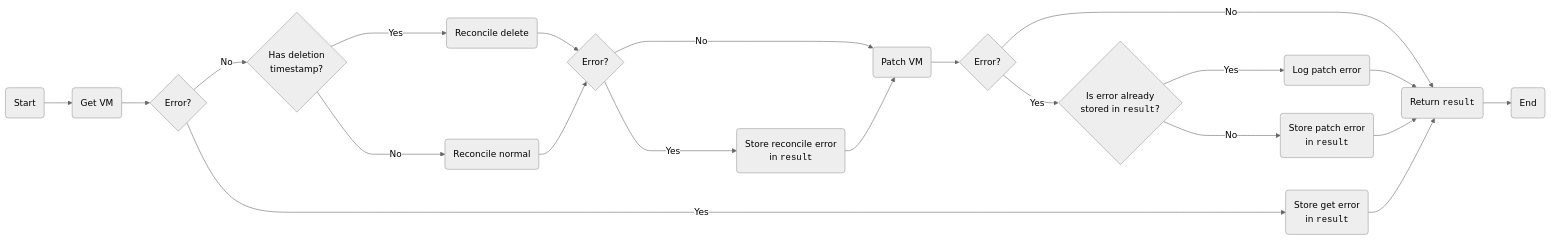
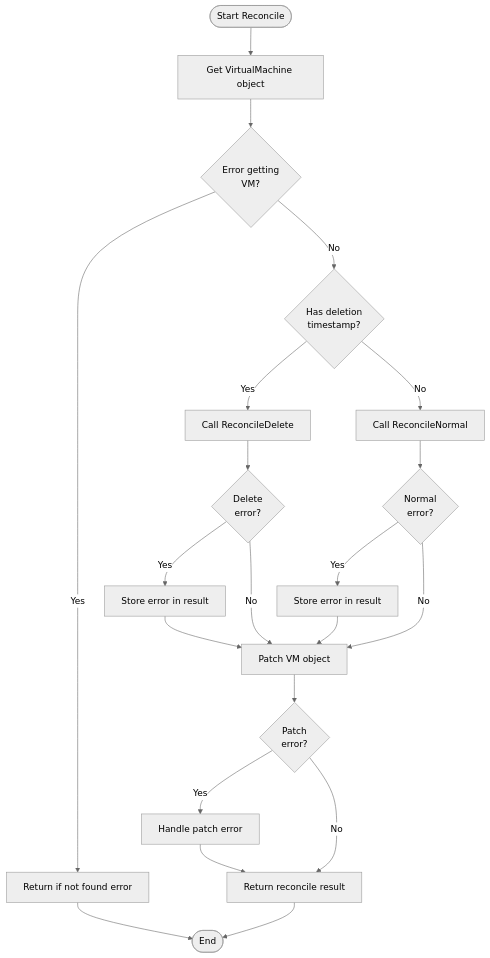
Before and after one commit to vmware-tanzu/vm-operator: the first of 10 diagrams in docs/concepts/workloads/vm-controller.md, drawn with Mermaid (neutral theme). The commit also changed other lines of this file and 8 other files, not shown here.

````diff
--- a/docs/concepts/workloads/vm-controller.md
+++ b/docs/concepts/workloads/vm-controller.md
@@ -7,34 +9,29 @@
 ```mermaid
-flowchart LR
-    Start(Start) --> GetVM
+flowchart TD
+    Start([Start Reconcile]) --> GetVM[Get VirtualMachine object]
+    GetVM --> GetVMErr{Error getting<br />VM?}
+    GetVMErr -->|Yes| ReturnNotFound[Return if not found error]
+    GetVMErr -->|No| CheckDeletion{Has deletion<br />timestamp?}
 
-    GetVM(Get VM) --> GetVMErr{Error?}
-    GetVMErr -->|No| HasDeletionTimestamp{Has deletion\ntimestamp?}
-    GetVMErr ---->|Yes| StoreGetErrAndReturnErr
+    CheckDeletion -->|Yes| ReconcileDelete[Call ReconcileDelete]
+    CheckDeletion -->|No| ReconcileNormal[Call ReconcileNormal]
 
-    HasDeletionTimestamp --> |Yes| ReconcileDelete
-    HasDeletionTimestamp ----> |No| ReconcileNormal
+    ReconcileDelete --> DeleteErr{Delete<br />error?}
+    ReconcileNormal --> NormalErr{Normal<br />error?}
 
-    ReconcileDelete(Reconcile delete) --> ReconcileDeleteNormalErr
-    ReconcileNormal(Reconcile normal) --> ReconcileDeleteNormalErr
-    ReconcileDeleteNormalErr{Error?}
-    ReconcileDeleteNormalErr --> |No| PatchVM
-    ReconcileDeleteNormalErr ----> |Yes| StoreErrAndPatch
-    StoreErrAndPatch(Store reconcile error\nin <code>result</code>) --> PatchVM
+    DeleteErr -->|Yes| StoreDeleteErr[Store error in result]
+    DeleteErr -->|No| PatchVM[Patch VM object]
+    NormalErr -->|Yes| StoreNormalErr[Store error in result]
+    NormalErr -->|No| PatchVM
 
-    PatchVM(Patch VM) --> PatchVMErr{Error?}
-    PatchVMErr --> |Yes| IsResultErr{Is error already\nstored in <code>result</code>?}
-    PatchVMErr ----> |No| ReturnResult
-    IsResultErr --> |No| StorePatchErr
-    IsResultErr ----> |Yes| LogPatchErr
-    LogPatchErr(Log patch error) --> ReturnResult
-    StorePatchErr(Store patch error\nin <code>result</code>) --> ReturnResult
+    StoreDeleteErr --> PatchVM
+    StoreNormalErr --> PatchVM
 
-    %% This element's position keeps the graph from having to transect points
-    %% between nodes.
-    StoreGetErrAndReturnErr(Store get error\nin <code>result</code>) --> ReturnResult
+    PatchVM --> PatchErr{Patch<br />error?}
+    PatchErr -->|Yes| HandlePatchErr[Handle patch error]
+    PatchErr -->|No| ReturnResult[Return reconcile result]
 
-    ReturnResult(Return <code>result</code>) --> End
-
-    End(End)
+    HandlePatchErr --> ReturnResult
+    ReturnNotFound --> End([End])
+    ReturnResult --> End
 ```
````
